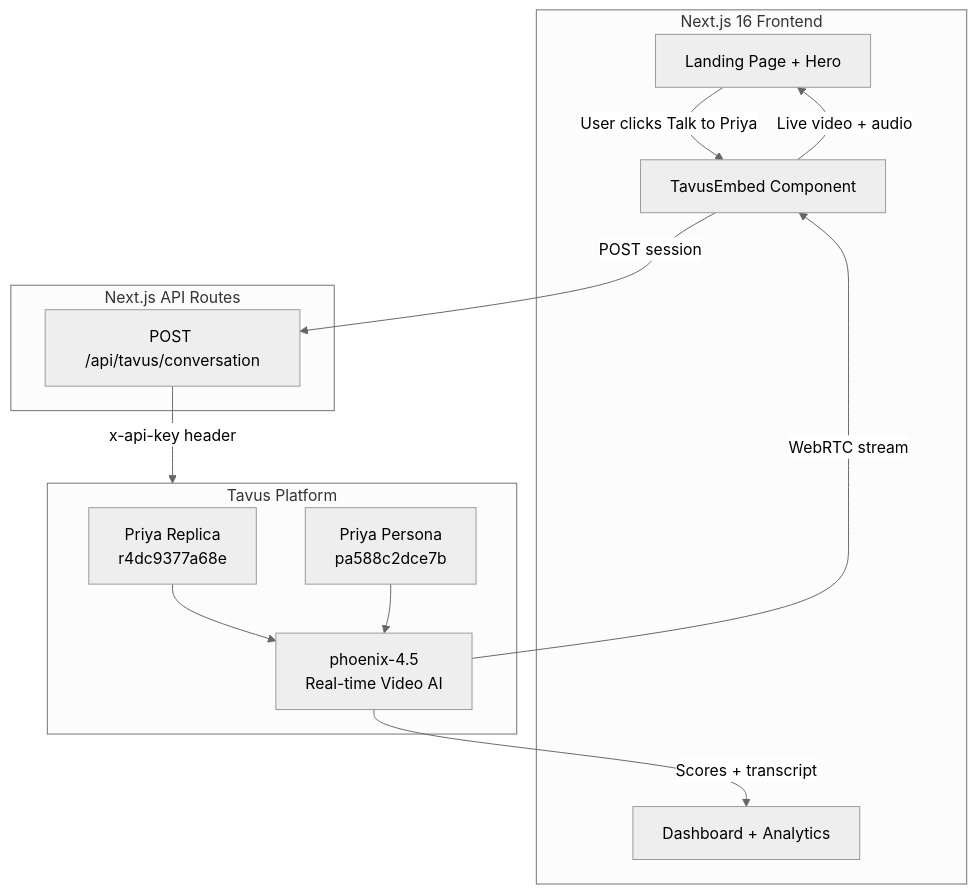
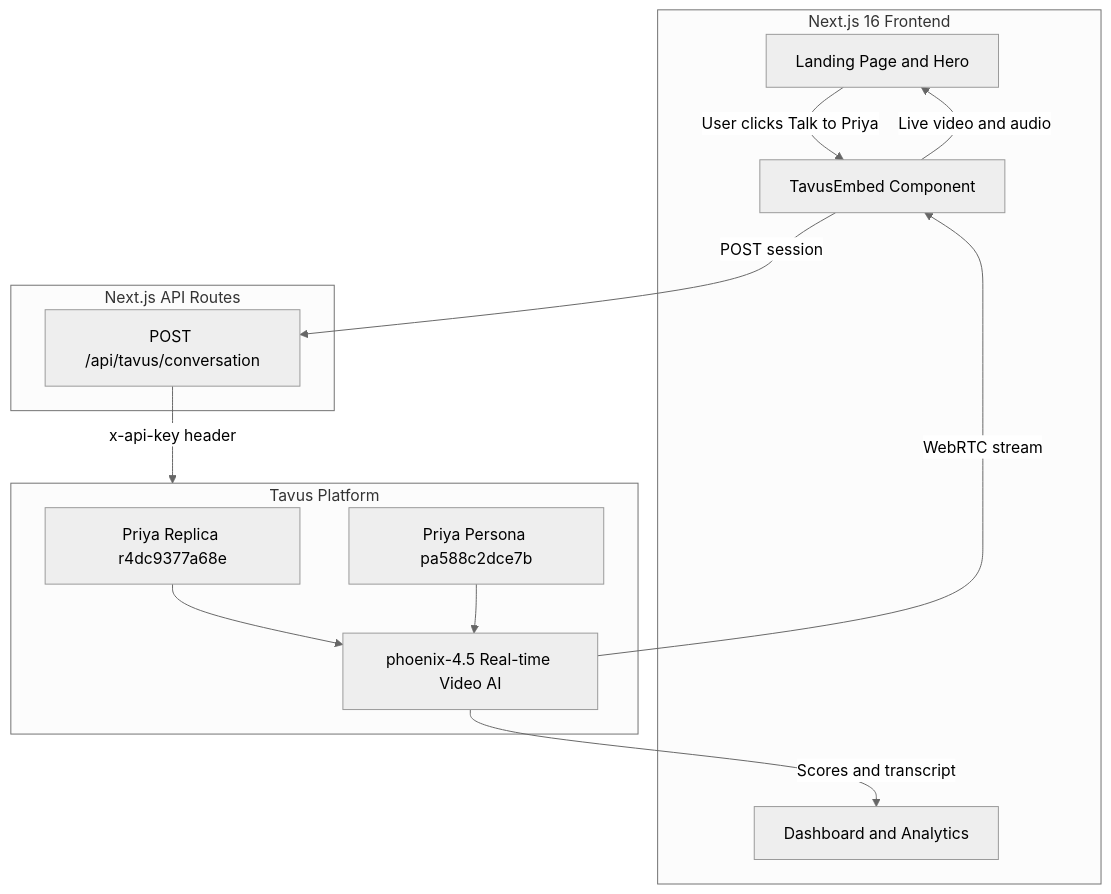
One commit to SurinderTech/interview-ai changed the first of 5 diagrams in README.md. Above: the diagram before and after it, drawn with Mermaid (neutral theme). The commit also changed other lines of this file and 1 other file, not shown here.

Commit message:
fix: add real Priya avatar photo, fix mermaid diagrams, fix all 3 AI interviewer cards

````diff
--- a/README.md
+++ b/README.md
@@ -108,27 +115,27 @@
 ```mermaid
 graph TB
     subgraph Client["Next.js 16 Frontend"]
-        LP["Landing Page + Hero"]
-        DASH["Dashboard + Analytics"]
+        LP["Landing Page and Hero"]
+        DASH["Dashboard and Analytics"]
         EMB["TavusEmbed Component"]
     end
 
     subgraph API["Next.js API Routes"]
         CONV["POST /api/tavus/conversation"]
     end
 
     subgraph Tavus["Tavus Platform"]
-        REP["Priya Replica\nr4dc9377a68e"]
-        PER["Priya Persona\npa588c2dce7b"]
-        PHX["phoenix-4.5\nReal-time Video AI"]
+        REP["Priya Replica r4dc9377a68e"]
+        PER["Priya Persona pa588c2dce7b"]
+        PHX["phoenix-4.5 Real-time Video AI"]
     end
 
     LP -->|"User clicks Talk to Priya"| EMB
     EMB -->|"POST session"| CONV
     CONV -->|"x-api-key header"| Tavus
     REP --> PHX
     PER --> PHX
     PHX -->|"WebRTC stream"| EMB
-    EMB -->|"Live video + audio"| LP
-    PHX -->|"Scores + transcript"| DASH
+    EMB -->|"Live video and audio"| LP
+    PHX -->|"Scores and transcript"| DASH
 ```
````
